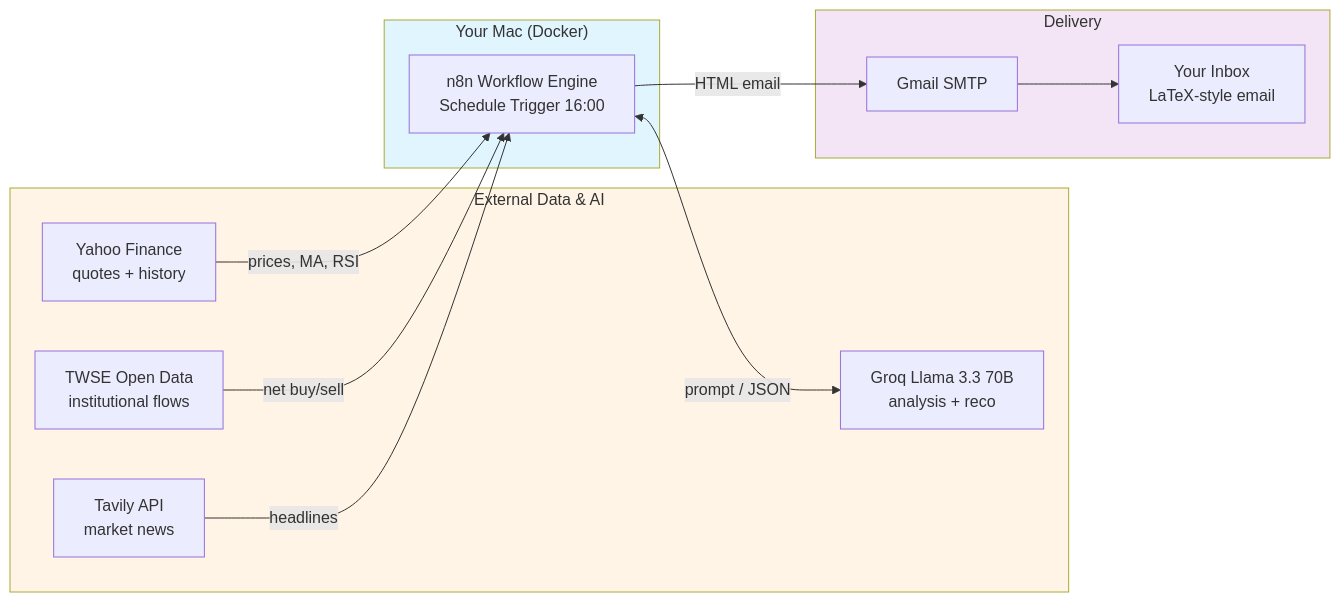
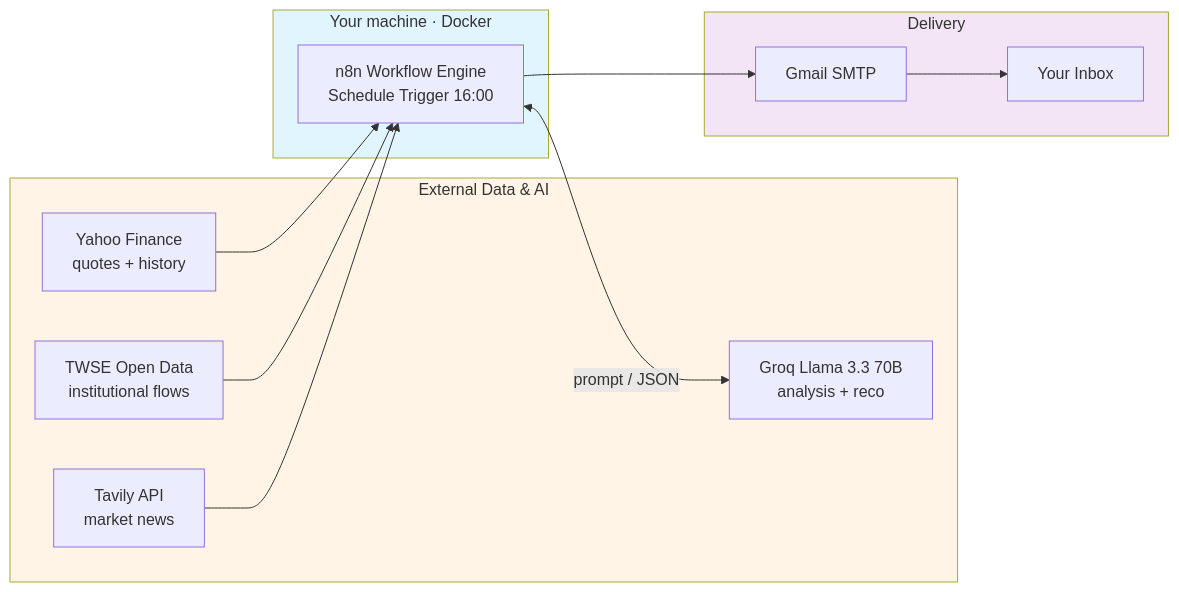
One commit to brianlab0/n8n-Taiwan-Stock-Push changed the diagram in README.md. Above: the diagram before and after it, drawn with Mermaid. The commit also changed other lines of this file and 1 other file, not shown here.

````diff
--- a/README.md
+++ b/README.md
@@ -31,29 +27,24 @@
 ```mermaid
 flowchart LR
     subgraph Sources["External Data & AI"]
         Yahoo["Yahoo Finance<br/>quotes + history"]
         TWSE["TWSE Open Data<br/>institutional flows"]
         Tavily["Tavily API<br/>market news"]
         Groq["Groq Llama 3.3 70B<br/>analysis + reco"]
     end
-
-    subgraph Local["Your Mac (Docker)"]
+    subgraph Local["Your machine · Docker"]
         N8N["n8n Workflow Engine<br/>Schedule Trigger 16:00"]
     end
-
     subgraph Out["Delivery"]
         Gmail["Gmail SMTP"]
-        Inbox["Your Inbox<br/>LaTeX-style email"]
+        Inbox["Your Inbox"]
     end
-
-    Yahoo -->|prices, MA, RSI| N8N
-    TWSE -->|net buy/sell| N8N
-    Tavily -->|headlines| N8N
+    Yahoo --> N8N
+    TWSE --> N8N
+    Tavily --> N8N
     N8N <-->|prompt / JSON| Groq
-    N8N -->|HTML email| Gmail
-    Gmail --> Inbox
-
+    N8N --> Gmail --> Inbox
     style Local fill:#e1f5ff
     style Sources fill:#fff4e6
     style Out fill:#f3e5f5
 ```
````
